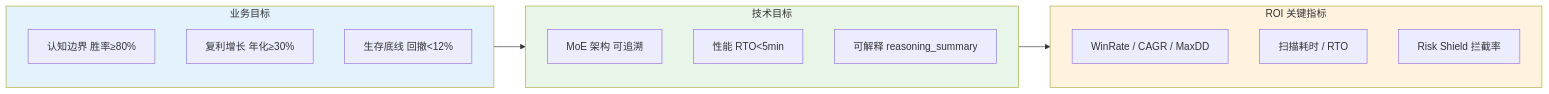
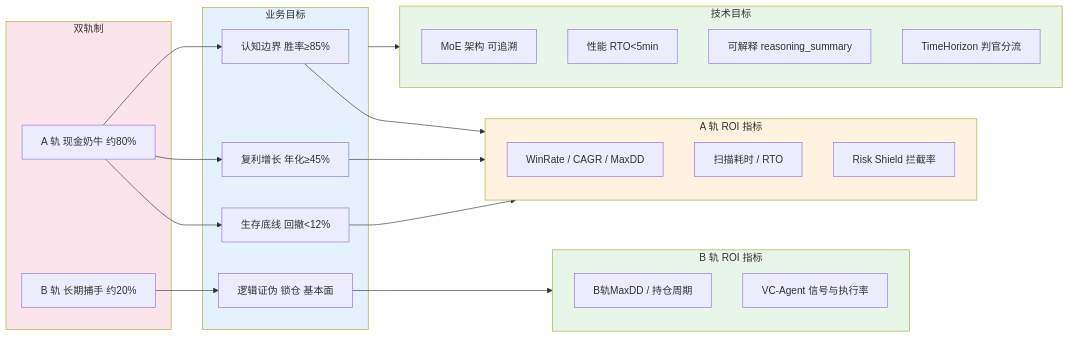
Before and after one commit to myxxhui/diting-doc: the diagram in 01_顶层概念/02_战略目标与ROI.md, drawn with Mermaid. The commit also changed other lines of this file and 39 other files, not shown here.

````diff
--- a/01_顶层概念/02_战略目标与ROI.md
+++ b/01_顶层概念/02_战略目标与ROI.md
@@ -44,23 +60,42 @@
 ```mermaid
 flowchart LR
+  subgraph 双轨["双轨制"]
+    A轨[A 轨 现金奶牛 约80%]
+    B轨[B 轨 长期捕手 约20%]
+  end
   subgraph 业务目标["业务目标"]
-    B1[认知边界 胜率≥80%]
-    B2[复利增长 年化≥30%]
+    B1[认知边界 胜率≥85%]
+    B2[复利增长 年化≥45%]
     B3[生存底线 回撤<12%]
+    B4[逻辑证伪 锁仓 基本面]
   end
   subgraph 技术目标["技术目标"]
     T1[MoE 架构 可追溯]
     T2[性能 RTO<5min]
     T3[可解释 reasoning_summary]
+    T4[TimeHorizon 判官分流]
   end
-  subgraph ROI["ROI 关键指标"]
+  subgraph ROI_A["A 轨 ROI 指标"]
     K1[WinRate / CAGR / MaxDD]
     K2[扫描耗时 / RTO]
     K3[Risk Shield 拦截率]
   end
+  subgraph ROI_B["B 轨 ROI 指标"]
+    K4[B轨MaxDD / 持仓周期]
+    K5[VC-Agent 信号与执行率]
+  end
+  A轨 --> B1
+  A轨 --> B2
+  A轨 --> B3
+  B轨 --> B4
   业务目标 --> 技术目标
-  技术目标 --> ROI
+  B1 --> ROI_A
+  B2 --> ROI_A
+  B3 --> ROI_A
+  B4 --> ROI_B
+  style 双轨 fill:#fce4ec
   style 业务目标 fill:#e3f2fd
   style 技术目标 fill:#e8f5e9
-  style ROI fill:#fff3e0
+  style ROI_A fill:#fff3e0
+  style ROI_B fill:#e8f5e9
 ```
````
